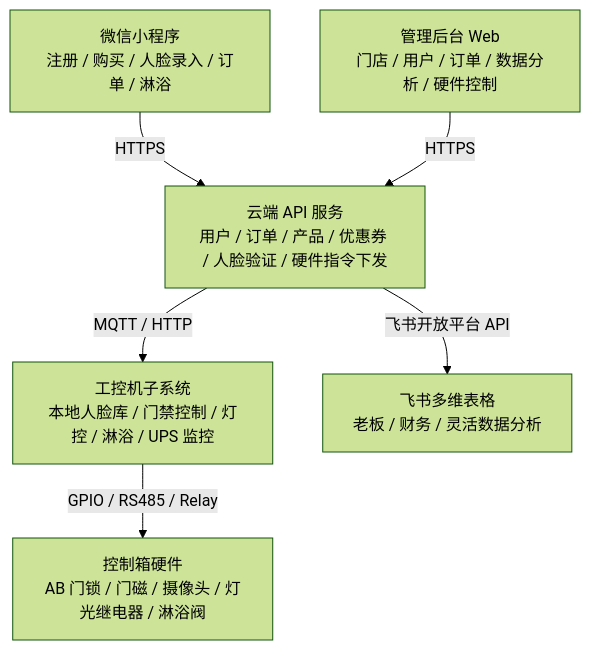
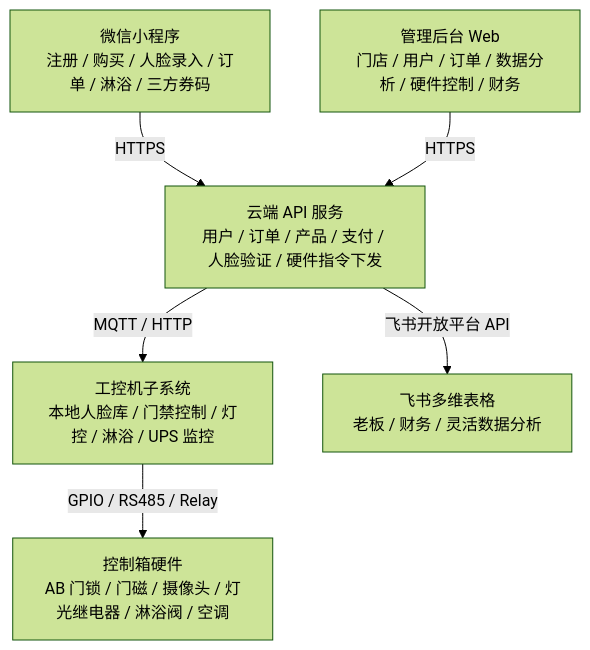
One commit to fitron-app/docs changed the diagram in docs/index.md. Above: the diagram before and after it, drawn with Mermaid (forest theme). The commit also changed other lines of this file and 26 other files, not shown here.

````diff
--- a/docs/index.md
+++ b/docs/index.md
@@ -61,15 +61,15 @@
 ```mermaid
 graph TD
-    MiniProgram["微信小程序\n注册 / 购买 / 人脸录入 / 订单 / 淋浴"]
-    CloudAPI["云端 API 服务\n用户 / 订单 / 产品 / 优惠券 / 人脸验证 / 硬件指令下发"]
-    AdminWeb["管理后台 Web\n门店 / 用户 / 订单 / 数据分析 / 硬件控制"]
+    MiniProgram["微信小程序\n注册 / 购买 / 人脸录入 / 订单 / 淋浴 / 三方券码"]
+    CloudAPI["云端 API 服务\n用户 / 订单 / 产品 / 支付 / 人脸验证 / 硬件指令下发"]
+    AdminWeb["管理后台 Web\n门店 / 用户 / 订单 / 数据分析 / 硬件控制 / 财务"]
     IPC["工控机子系统\n本地人脸库 / 门禁控制 / 灯控 / 淋浴 / UPS 监控"]
-    Hardware["控制箱硬件\nAB 门锁 / 门磁 / 摄像头 / 灯光继电器 / 淋浴阀"]
+    Hardware["控制箱硬件\nAB 门锁 / 门磁 / 摄像头 / 灯光继电器 / 淋浴阀 / 空调"]
     Feishu["飞书多维表格\n老板 / 财务 / 灵活数据分析"]
 
     MiniProgram -->|"HTTPS"| CloudAPI
     AdminWeb -->|"HTTPS"| CloudAPI
     CloudAPI -->|"MQTT / HTTP"| IPC
     CloudAPI -->|"飞书开放平台 API"| Feishu
     IPC -->|"GPIO / RS485 / Relay"| Hardware
 ```
````
